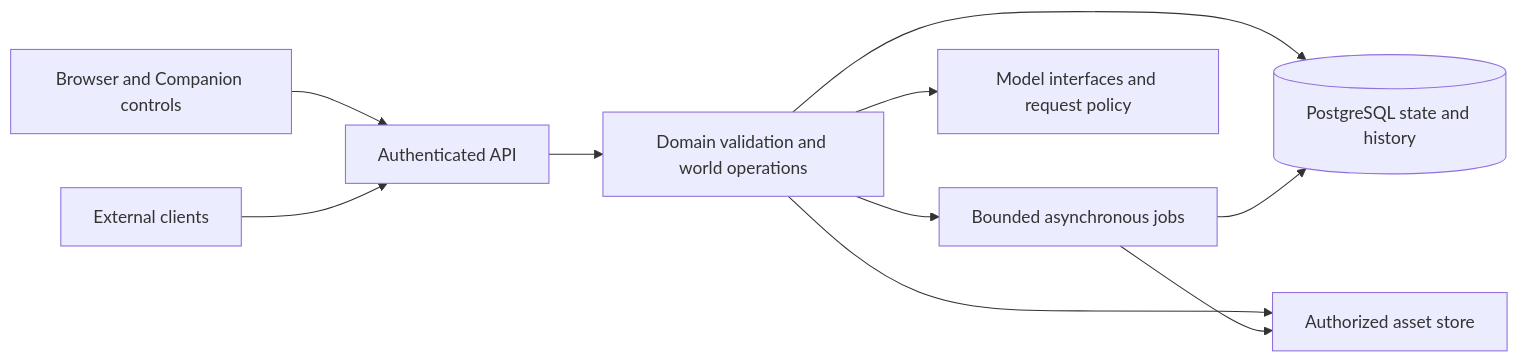
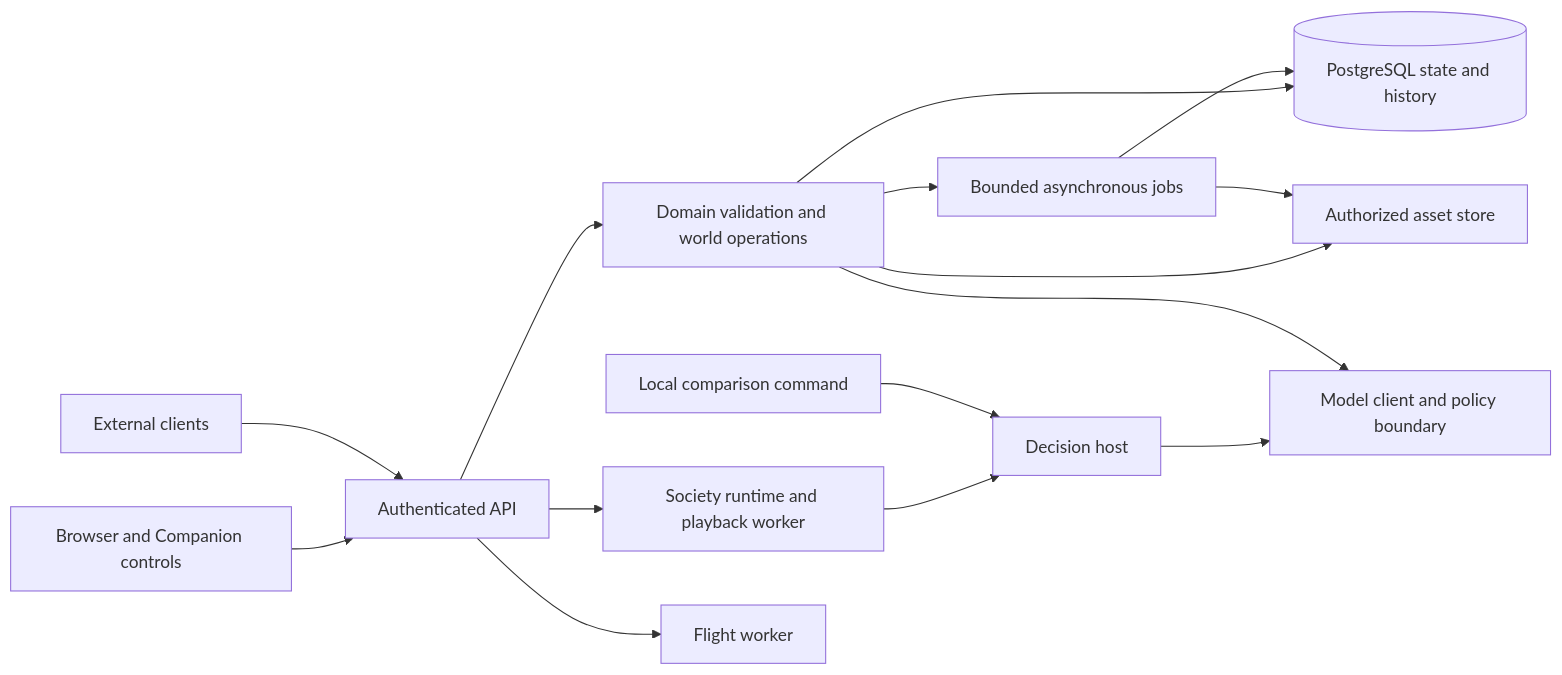
One commit to twinkling-reality/exulanica changed the diagram in docs/architecture-overview.md. Above: the diagram before and after it, drawn with Mermaid. The commit also changed other lines of this file and 141 other files, not shown here.

````diff
--- a/docs/architecture-overview.md
+++ b/docs/architecture-overview.md
@@ -17,12 +33,17 @@
 ```mermaid
 flowchart LR
     UI[Browser and Companion controls] --> API[Authenticated API]
     Client[External clients] --> API
     API --> Domain[Domain validation and world operations]
     Domain --> DB[(PostgreSQL state and history)]
     Domain --> Assets[Authorized asset store]
     Domain --> Jobs[Bounded asynchronous jobs]
     Jobs --> Assets
     Jobs --> DB
-    Domain --> Models[Model interfaces and request policy]
+    API --> Society[Society runtime and playback worker]
+    Society --> Host[Decision host]
+    Compare[Local comparison command] --> Host
+    Host --> Models[Model client and policy boundary]
+    Domain --> Models
+    API --> Flight[Flight worker]
 ```
````
